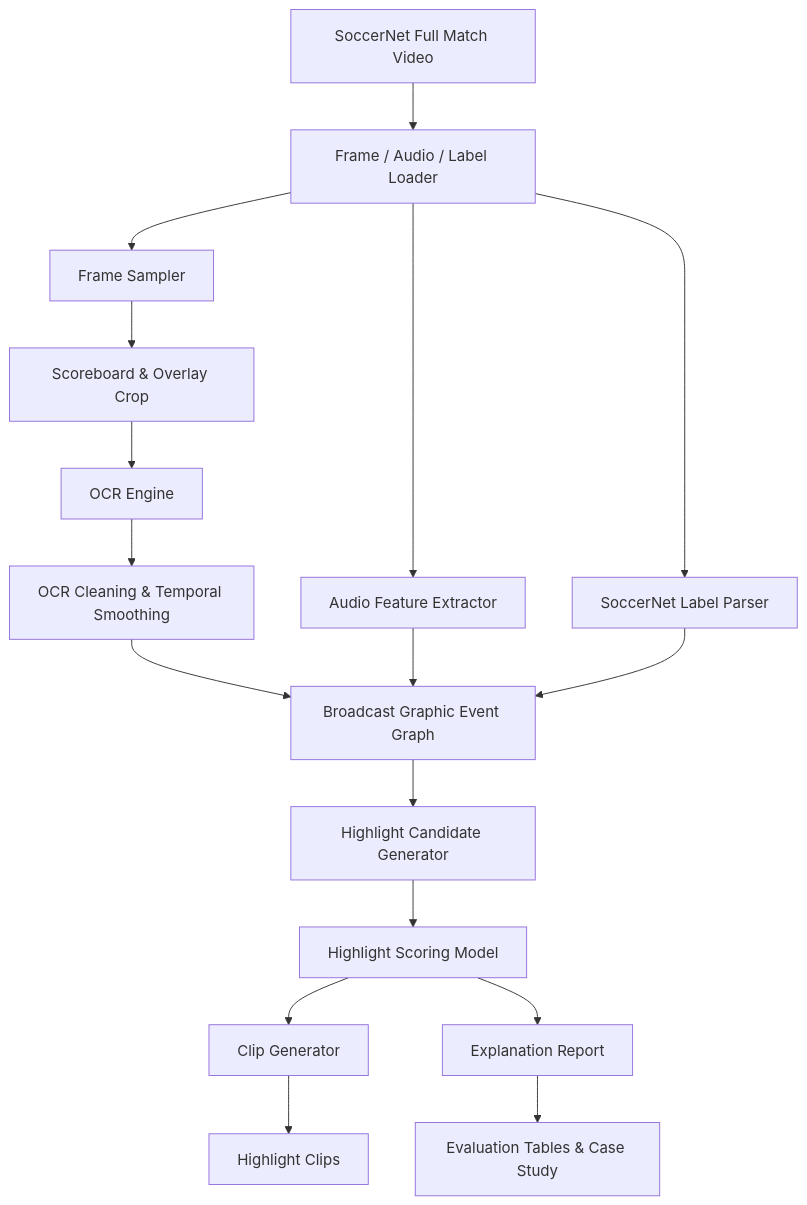
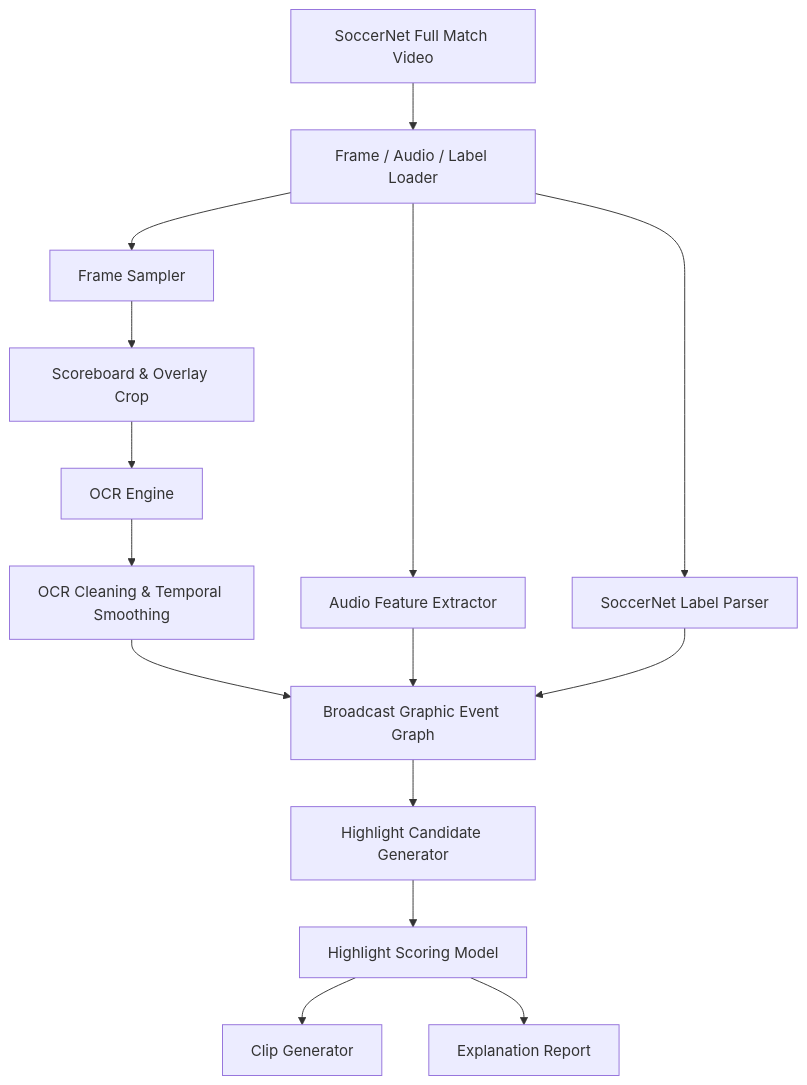
Before and after one commit to chjnett/my-sports-ai: the first of 2 diagrams in docs/RESEARCH_ARCHITECTURE.md, drawn with Mermaid. The commit also changed other lines of this file and 27 other files, not shown here.

````diff
--- a/docs/RESEARCH_ARCHITECTURE.md
+++ b/docs/RESEARCH_ARCHITECTURE.md
@@ -44,23 +46,20 @@
 ```mermaid
 flowchart TD
     A["SoccerNet Full Match Video"] --> B["Frame / Audio / Label Loader"]
     B --> C["Frame Sampler"]
     B --> D["Audio Feature Extractor"]
     B --> E["SoccerNet Label Parser"]
 
     C --> F["Scoreboard & Overlay Crop"]
     F --> G["OCR Engine"]
     G --> H["OCR Cleaning & Temporal Smoothing"]
 
     H --> I["Broadcast Graphic Event Graph"]
     D --> I
     E --> I
 
     I --> J["Highlight Candidate Generator"]
     J --> K["Highlight Scoring Model"]
     K --> L["Clip Generator"]
     K --> M["Explanation Report"]
-
-    L --> N["Highlight Clips"]
-    M --> O["Evaluation Tables & Case Study"]
 ```
````
